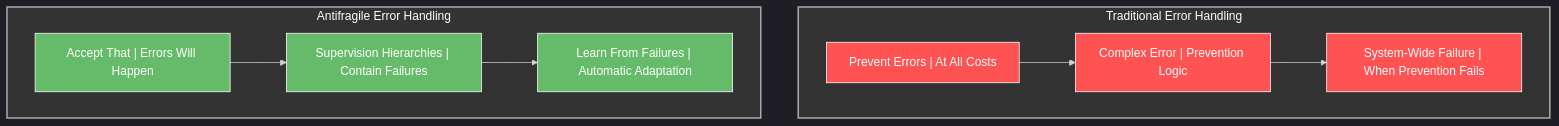
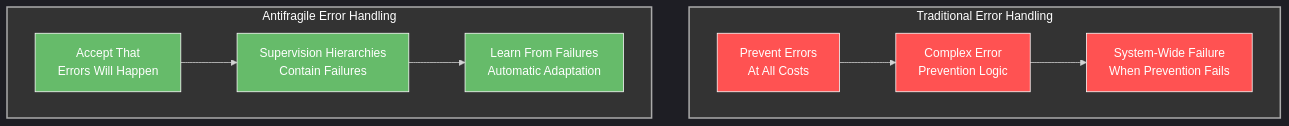
The second of 12 diagrams in 06 Fidelity framework Beyond Resilience.md (houstonhaynes/AD4SDocs), drawn with Mermaid before and after one commit. The commit also changed other lines of this file and 5 other files, not shown here.

Commit message:
fix mermaid part two

````diff
--- a/06 Fidelity framework Beyond Resilience.md
+++ b/06 Fidelity framework Beyond Resilience.md
@@ -69,27 +69,27 @@
 ```mermaid
 %%{init: {'theme': 'dark', 'themeVariables': { 'primaryColor': '#242424', 'primaryTextColor': '#fff', 'primaryBorderColor': '#888', 'lineColor': '#d3d3d3', 'secondaryColor': '#2b2b2b', 'tertiaryColor': '#333' }}}%%
 flowchart TD
     subgraph Traditional["Traditional Error Handling"]
-        TP["Prevent Errors | At All Costs"]
-        TC["Complex Error | Prevention Logic"]
-        TF["System-Wide Failure | When Prevention Fails"]
+        TP["Prevent Errors<br>At All Costs"]
+        TC["Complex Error<br>Prevention Logic"]
+        TF["System-Wide Failure<br>When Prevention Fails"]
     end
     
     subgraph Antifragile["Antifragile Error Handling"]
-        AP["Accept That | Errors Will Happen"]
-        AS["Supervision Hierarchies | Contain Failures"]
-        AL["Learn From Failures | Automatic Adaptation"]
+        AP["Accept That<br>Errors Will Happen"]
+        AS["Supervision Hierarchies<br>Contain Failures"]
+        AL["Learn From Failures<br>Automatic Adaptation"]
     end
     
     TP --> TC --> TF
     AP --> AS --> AL
     
     style Traditional fill:#333,stroke:#aaa,stroke-width:2px,color:#fff
     style Antifragile fill:#333,stroke:#aaa,stroke-width:2px,color:#fff
     style TP fill:#FF5252,stroke:#fff,stroke-width:1px,color:#fff
     style TC fill:#FF5252,stroke:#fff,stroke-width:1px,color:#fff
     style TF fill:#FF5252,stroke:#fff,stroke-width:1px,color:#fff
     style AP fill:#66BB6A,stroke:#fff,stroke-width:1px,color:#fff
     style AS fill:#66BB6A,stroke:#fff,stroke-width:1px,color:#fff
     style AL fill:#66BB6A,stroke:#fff,stroke-width:1px,color:#fff
 ```
````
